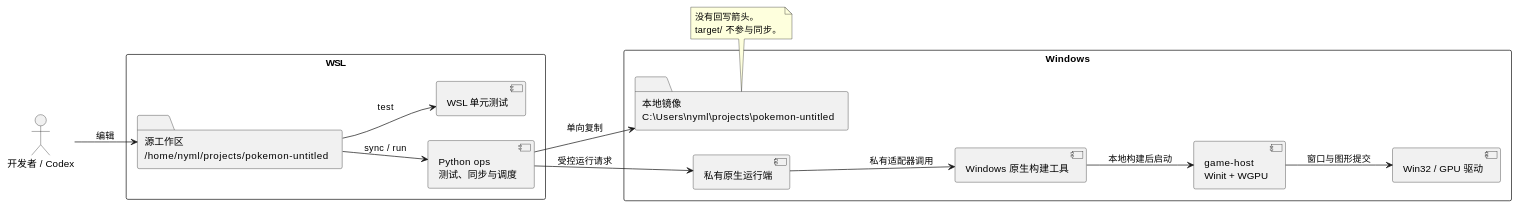
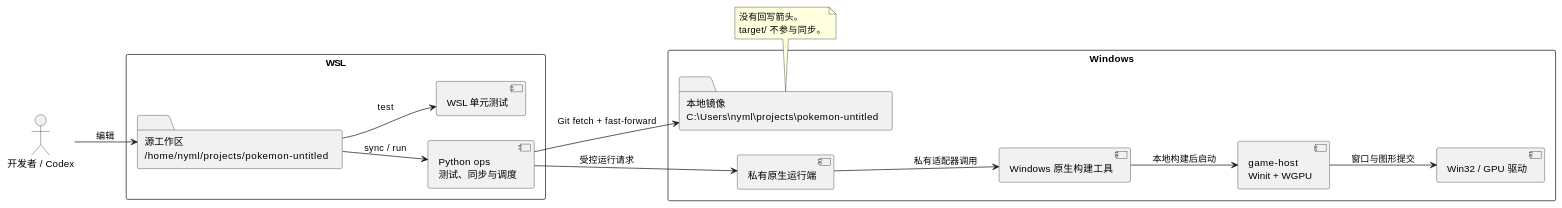
One commit to nyml2003/pokemon-untitled changed the first of 3 diagrams in docs/01-arch/004-cross-cutting/004-wsl-windows-development-workflow.md. Above: the diagram before and after it, drawn with PlantUML. The commit also changed other lines of this file and 138 other files, not shown here.

````diff
--- a/docs/01-arch/004-cross-cutting/004-wsl-windows-development-workflow.md
+++ b/docs/01-arch/004-cross-cutting/004-wsl-windows-development-workflow.md
@@ -34,31 +34,31 @@
 ```plantuml
 @startuml
 left to right direction
 actor "开发者 / Codex" as Author
 rectangle "WSL" {
   folder "源工作区\n/home/nyml/projects/pokemon-untitled" as Source
   component "Python ops\n测试、同步与调度" as WslOps
   component "WSL 单元测试" as UnitTest
 }
 rectangle "Windows" {
   folder "本地镜像\nC:\\Users\\nyml\\projects\\pokemon-untitled" as Mirror
   component "私有原生运行端" as WinOps
   component "Windows 原生构建工具" as BuildTool
   component "game-host\nWinit + WGPU" as Host
   component "Win32 / GPU 驱动" as Gpu
 }
 
 Author --> Source : 编辑
 Source --> UnitTest : test
 Source --> WslOps : sync / run
-WslOps --> Mirror : 单向复制
+WslOps --> Mirror : Git fetch + fast-forward
 WslOps --> WinOps : 受控运行请求
 WinOps --> BuildTool : 私有适配器调用
 BuildTool --> Host : 本地构建后启动
 Host --> Gpu : 窗口与图形提交
 note bottom of Mirror
 没有回写箭头。
 target/ 不参与同步。
 end note
 @enduml
 ```
````
